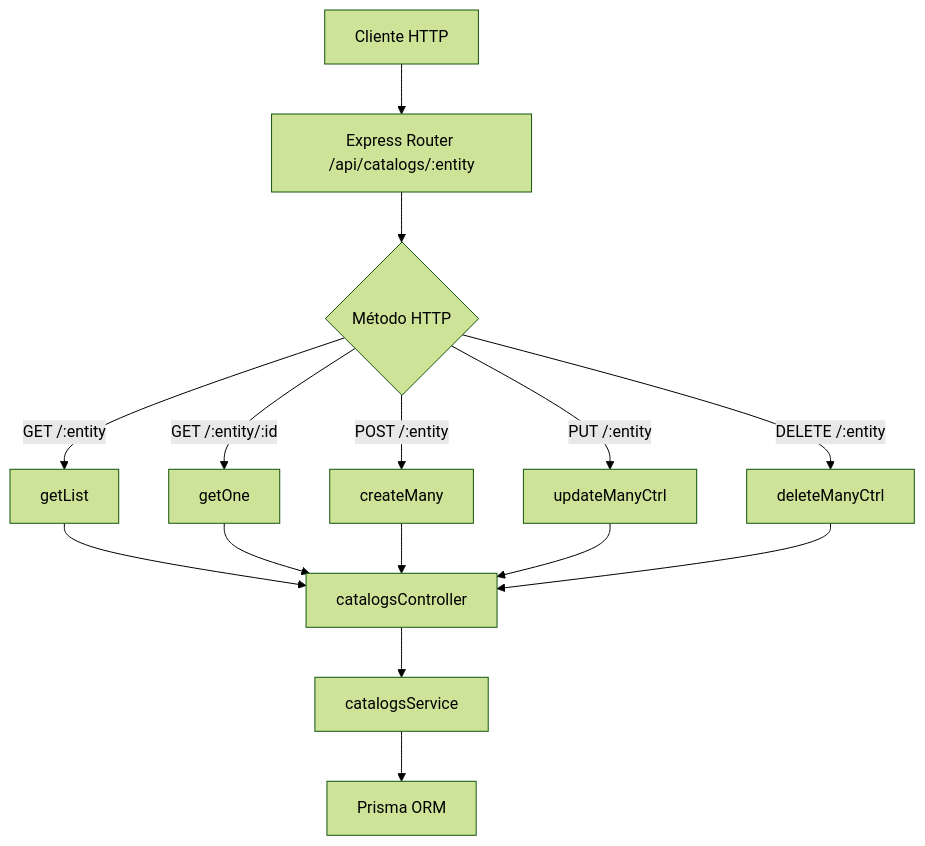
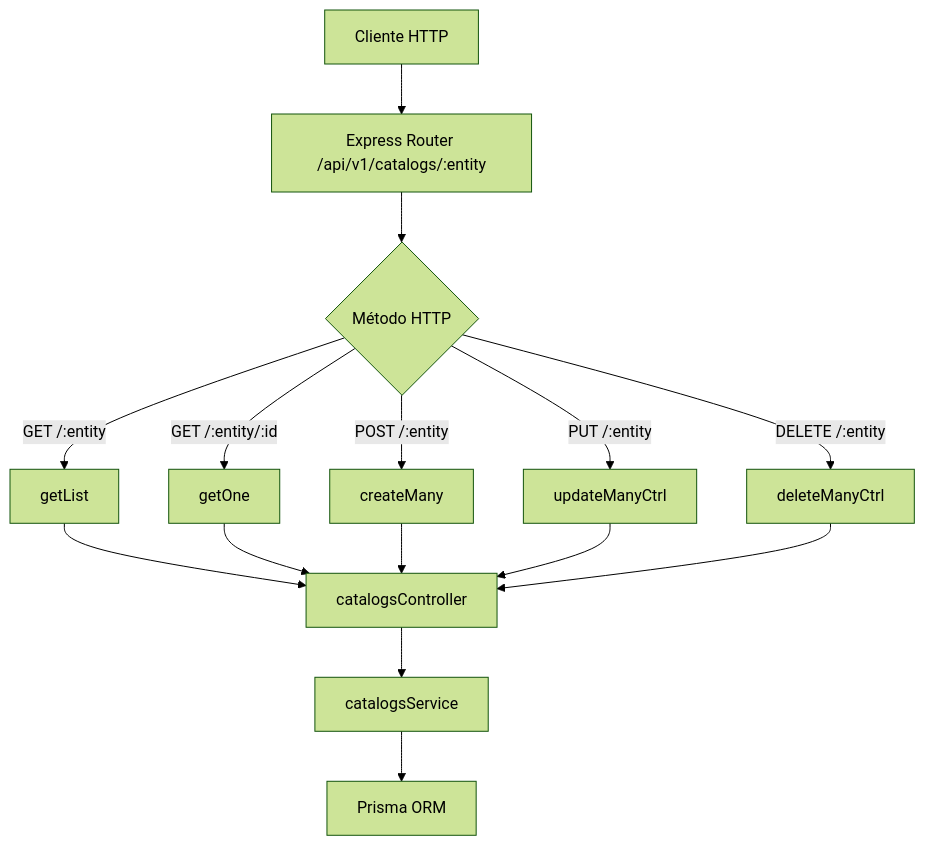
The diagram in docs/code/server/routes/catalogsRoutes.md (Syntel-Labs/study-task-insights), drawn with Mermaid (forest theme) before and after one commit. The commit also changed other lines of this file and 29 other files, not shown here.

````diff
--- a/docs/code/server/routes/catalogsRoutes.md
+++ b/docs/code/server/routes/catalogsRoutes.md
@@ -22,13 +22,13 @@
 ```mermaid
 flowchart TD
-    A[Cliente HTTP] --> B[Express Router /api/catalogs/:entity]
+    A[Cliente HTTP] --> B[Express Router /api/v1/catalogs/:entity]
     B --> C{Método HTTP}
     C -->|GET /:entity| D[getList]
     C -->|GET /:entity/:id| E[getOne]
     C -->|POST /:entity| F[createMany]
     C -->|PUT /:entity| G[updateManyCtrl]
     C -->|DELETE /:entity| H[deleteManyCtrl]
     D & E & F & G & H --> I[catalogsController]
     I --> J[catalogsService]
     J --> K[Prisma ORM]
 ```
````
